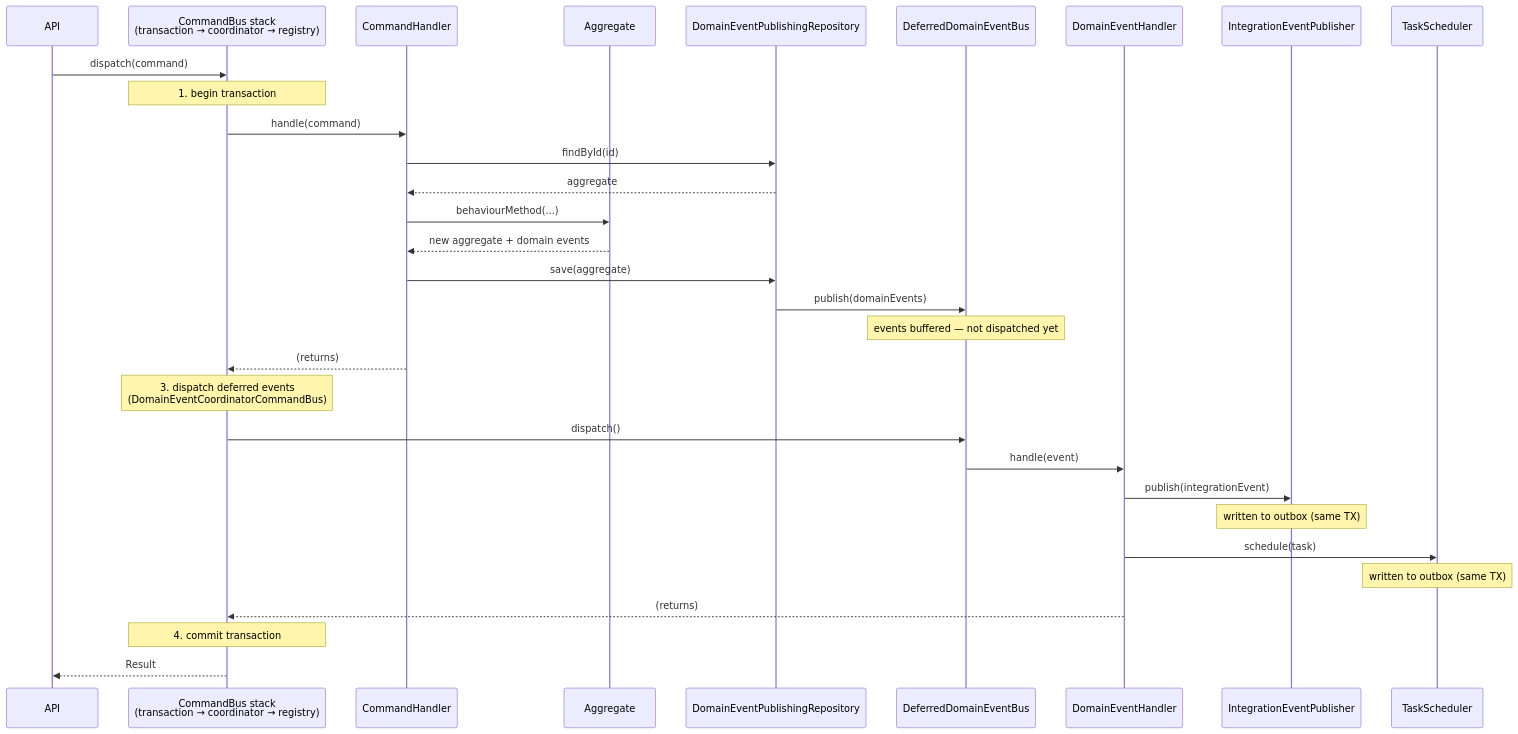
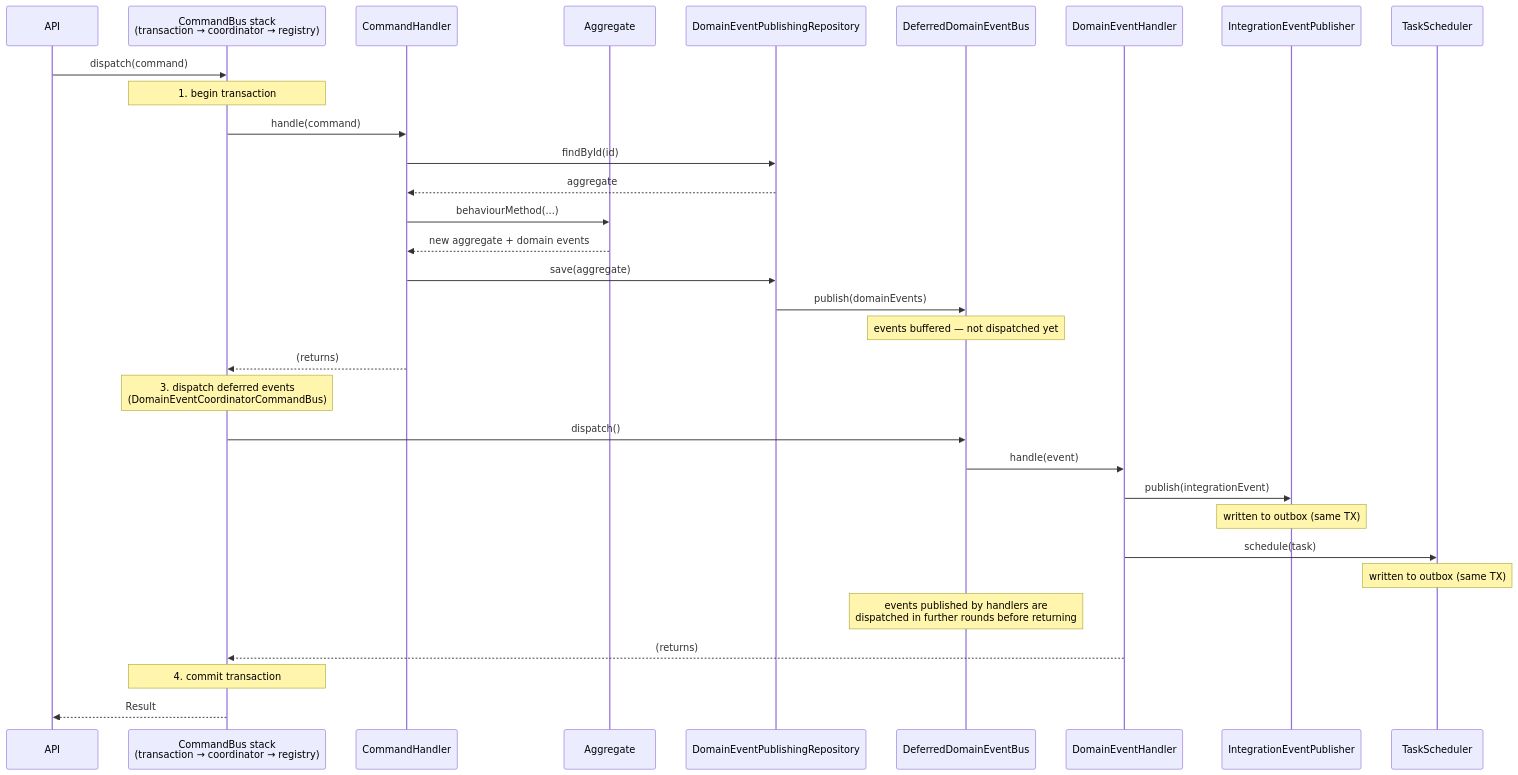
Before and after one commit to aseguragonzalez/ts-seedwork: the first of 2 diagrams in docs/best-practices.md, drawn with Mermaid. The commit also changed other lines of this file and 6 other files, not shown here.

Commit message:
fix: dispatch domain events published by handlers during DeferredDomainEventBus.dispatch (#152)

````diff
--- a/docs/best-practices.md
+++ b/docs/best-practices.md
@@ -379,34 +380,35 @@
 ```mermaid
 sequenceDiagram
     participant API
     participant Bus as CommandBus stack<br/>(transaction → coordinator → registry)
     participant Handler as CommandHandler
     participant Agg as Aggregate
     participant PubRepo as DomainEventPublishingRepository
     participant DeferredBus as DeferredDomainEventBus
     participant EH as DomainEventHandler
     participant IEP as IntegrationEventPublisher
     participant TS as TaskScheduler
 
     API->>Bus: dispatch(command)
     Note over Bus: 1. begin transaction
     Bus->>Handler: handle(command)
     Handler->>PubRepo: findById(id)
     PubRepo-->>Handler: aggregate
     Handler->>Agg: behaviourMethod(...)
     Agg-->>Handler: new aggregate + domain events
     Handler->>PubRepo: save(aggregate)
     PubRepo->>DeferredBus: publish(domainEvents)
     Note over DeferredBus: events buffered — not dispatched yet
     Handler-->>Bus: (returns)
     Note over Bus: 3. dispatch deferred events<br/>(DomainEventCoordinatorCommandBus)
     Bus->>DeferredBus: dispatch()
     DeferredBus->>EH: handle(event)
     EH->>IEP: publish(integrationEvent)
     Note over IEP: written to outbox (same TX)
     EH->>TS: schedule(task)
     Note over TS: written to outbox (same TX)
+    Note over DeferredBus: events published by handlers are<br/>dispatched in further rounds before returning
     EH-->>Bus: (returns)
     Note over Bus: 4. commit transaction
     Bus-->>API: Result
 ```
````
